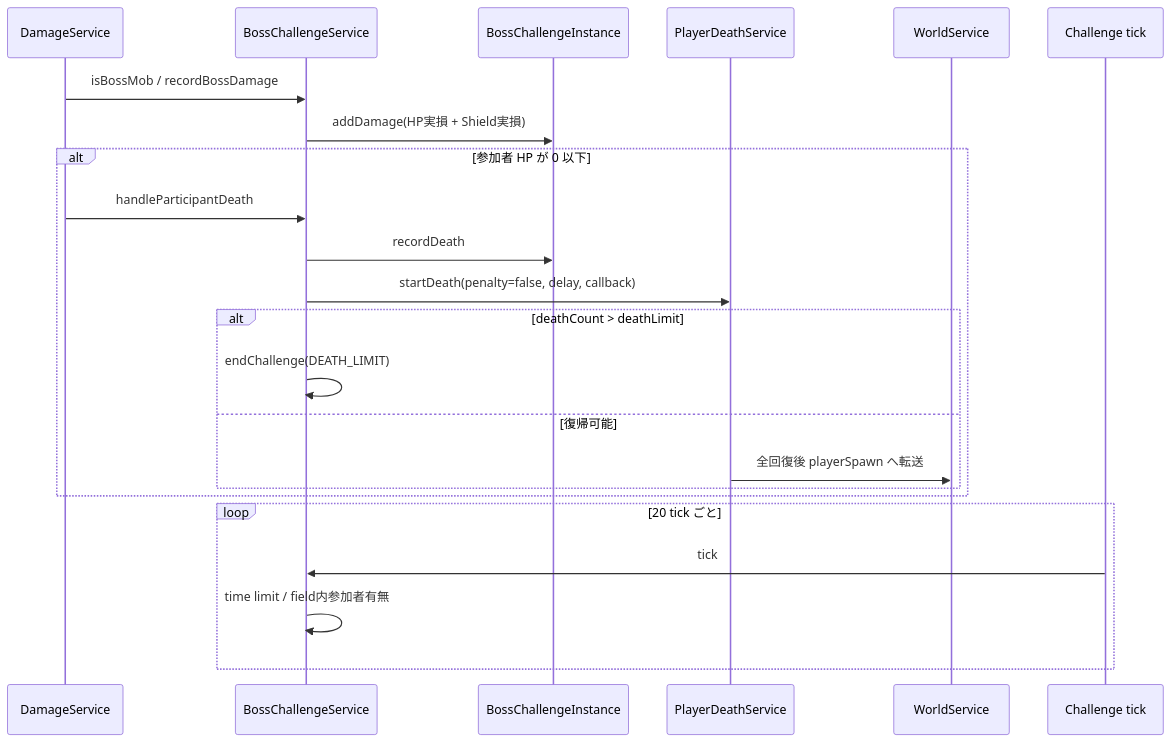
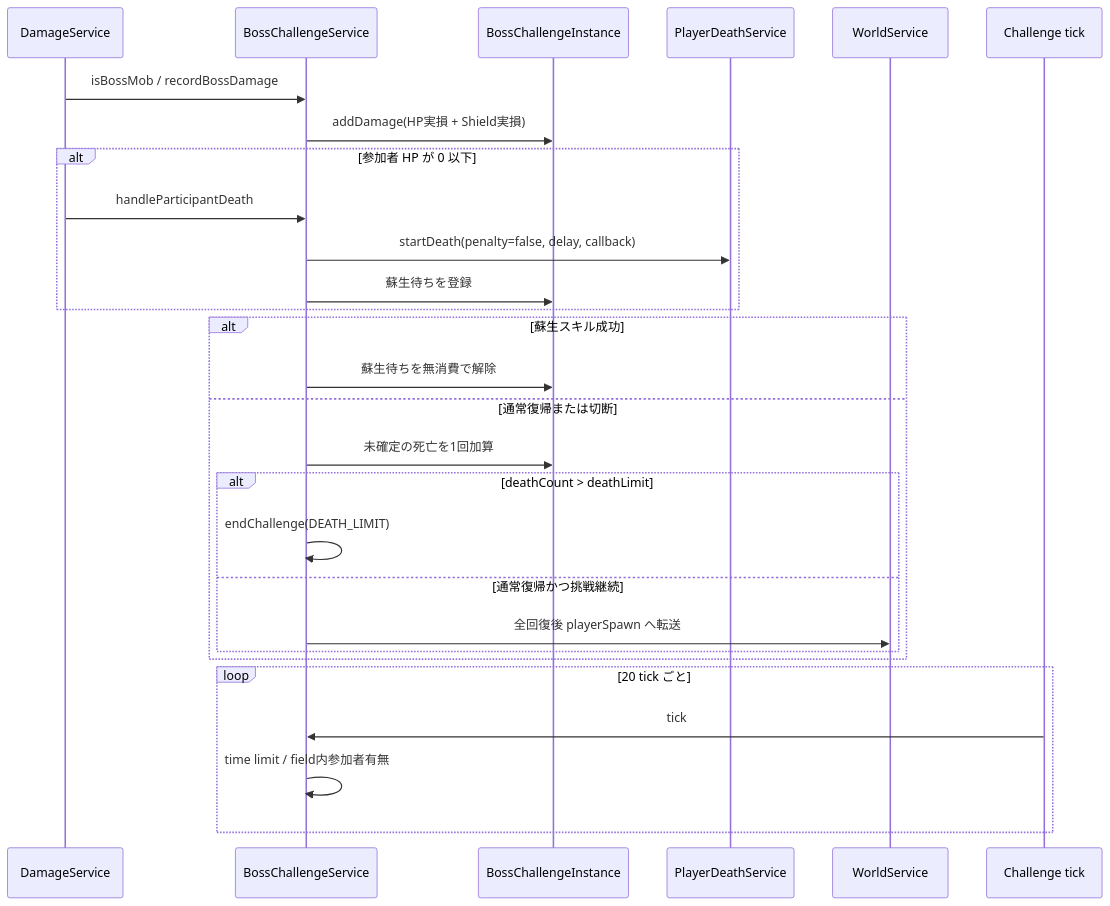
Before and after one commit to maaasu/AstralRecord-Workspace: the third of 6 diagrams in 00_docs/10_Plugin設計書/feature/26-boss/26_4-統合フロー.md, drawn with Mermaid. The commit also changed other lines of this file and 11 other files, not shown here.

````diff
--- a/00_docs/10_Plugin設計書/feature/26-boss/26_4-統合フロー.md
+++ b/00_docs/10_Plugin設計書/feature/26-boss/26_4-統合フロー.md
@@ -109,26 +109,31 @@
 ```mermaid
 sequenceDiagram
     participant D as DamageService
     participant B as BossChallengeService
     participant C as BossChallengeInstance
     participant PDS as PlayerDeathService
     participant W as WorldService
     participant T as Challenge tick
 
     D->>B: isBossMob / recordBossDamage
     B->>C: addDamage(HP実損 + Shield実損)
     alt 参加者 HP が 0 以下
         D->>B: handleParticipantDeath
-        B->>C: recordDeath
         B->>PDS: startDeath(penalty=false, delay, callback)
+        B->>C: 蘇生待ちを登録
+    end
+    alt 蘇生スキル成功
+        B->>C: 蘇生待ちを無消費で解除
+    else 通常復帰または切断
+        B->>C: 未確定の死亡を1回加算
         alt deathCount > deathLimit
             B->>B: endChallenge(DEATH_LIMIT)
-        else 復帰可能
-            PDS->>W: 全回復後 playerSpawn へ転送
+        else 通常復帰かつ挑戦継続
+            B->>W: 全回復後 playerSpawn へ転送
         end
     end
     loop 20 tick ごと
         T->>B: tick
         B->>B: time limit / field内参加者有無
     end
 ```
````
